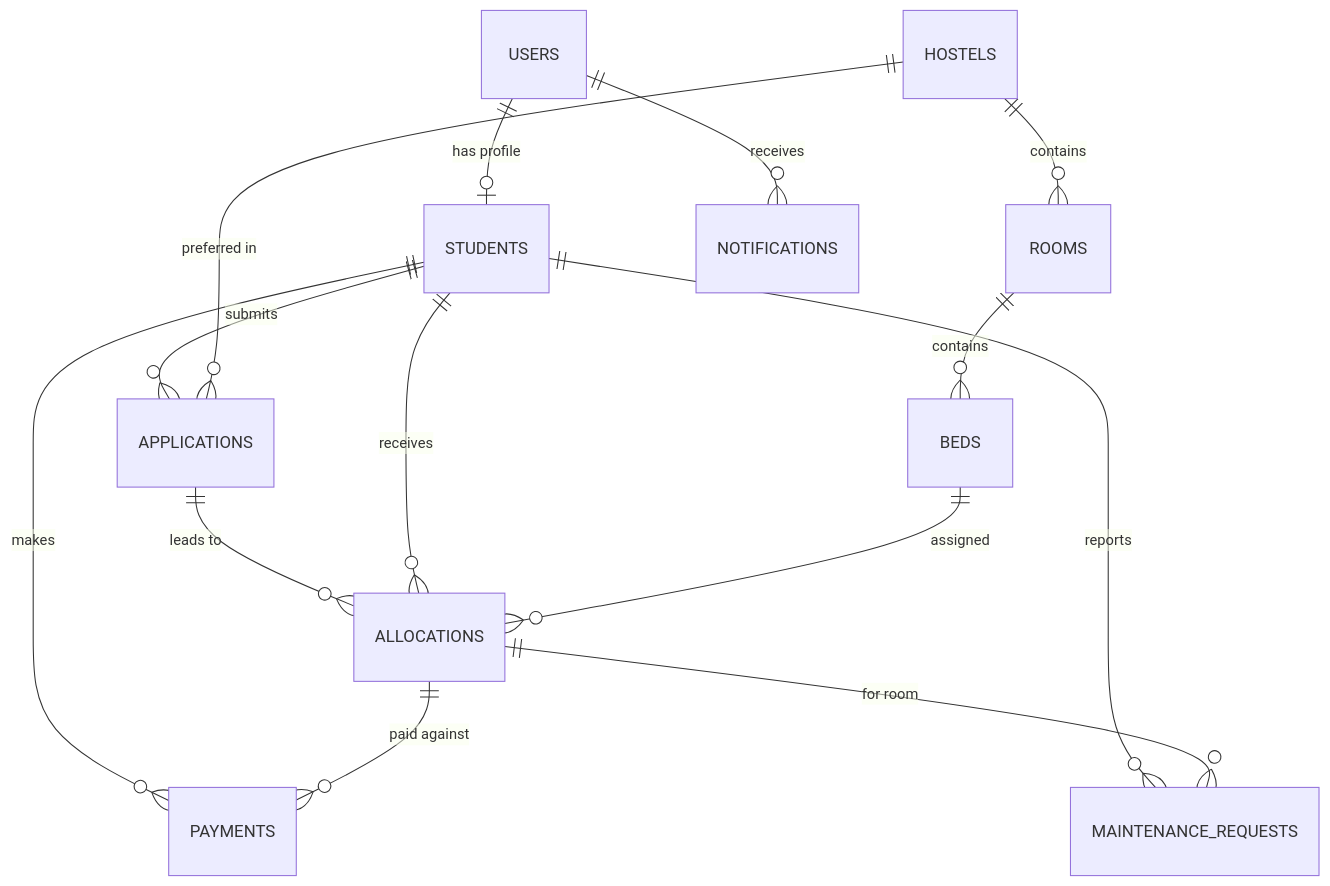
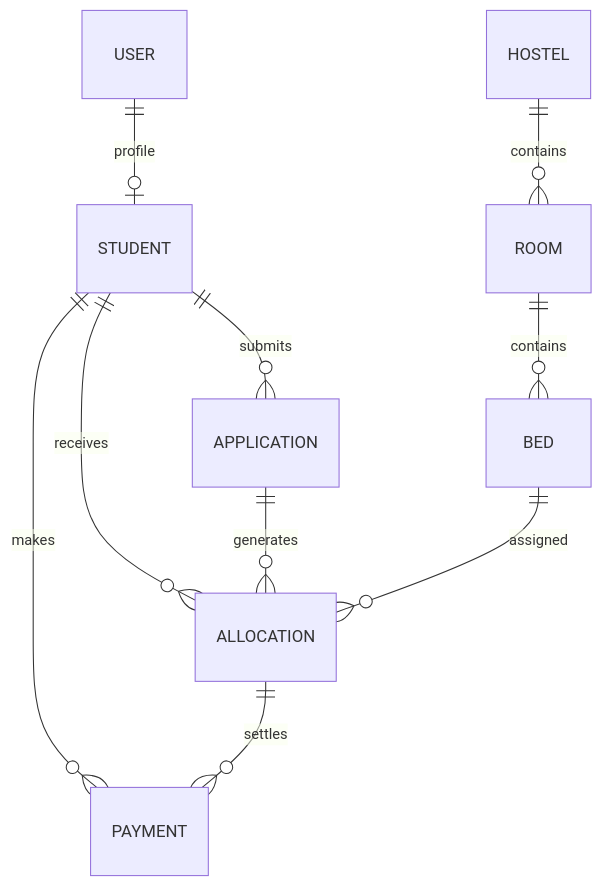
Before and after one commit to abraxusanu-debug/UniNest_Project: the sixth of 6 diagrams in deliverables/UniNest_SRS.md, drawn with Mermaid. The commit also changed other lines of this file and 86 other files, not shown here.

````diff
--- a/deliverables/UniNest_SRS.md
+++ b/deliverables/UniNest_SRS.md
@@ -563,17 +243,12 @@
 ```mermaid
-%% figure: erd
 erDiagram
-    USERS ||--o| STUDENTS : "has profile"
-    HOSTELS ||--o{ ROOMS : contains
-    ROOMS ||--o{ BEDS : contains
-    STUDENTS ||--o{ APPLICATIONS : submits
-    HOSTELS ||--o{ APPLICATIONS : "preferred in"
-    APPLICATIONS ||--o{ ALLOCATIONS : "leads to"
-    STUDENTS ||--o{ ALLOCATIONS : receives
-    BEDS ||--o{ ALLOCATIONS : assigned
-    STUDENTS ||--o{ PAYMENTS : makes
-    ALLOCATIONS ||--o{ PAYMENTS : "paid against"
-    STUDENTS ||--o{ MAINTENANCE_REQUESTS : reports
-    ALLOCATIONS ||--o{ MAINTENANCE_REQUESTS : "for room"
-    USERS ||--o{ NOTIFICATIONS : receives
+    USER ||--o| STUDENT : profile
+    STUDENT ||--o{ APPLICATION : submits
+    STUDENT ||--o{ ALLOCATION : receives
+    STUDENT ||--o{ PAYMENT : makes
+    HOSTEL ||--o{ ROOM : contains
+    ROOM ||--o{ BED : contains
+    APPLICATION ||--o{ ALLOCATION : generates
+    BED ||--o{ ALLOCATION : assigned
+    ALLOCATION ||--o{ PAYMENT : settles
 ```
````
